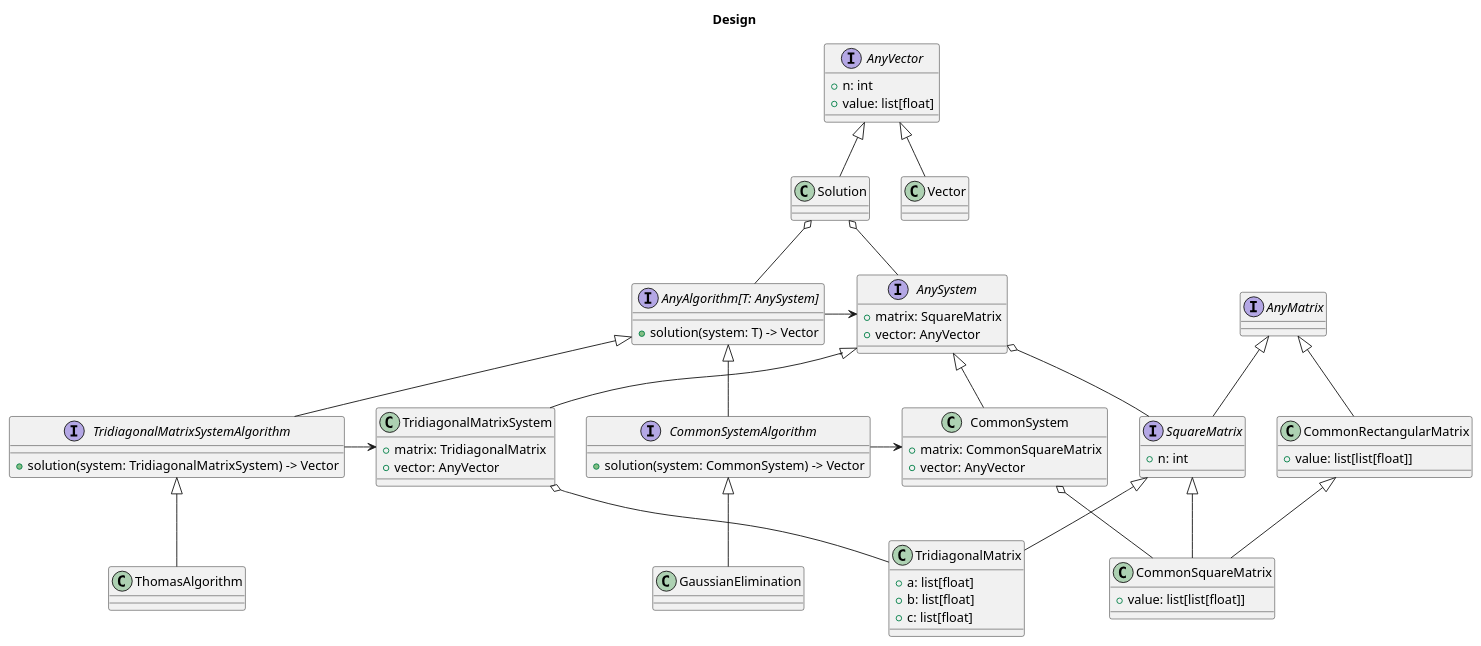
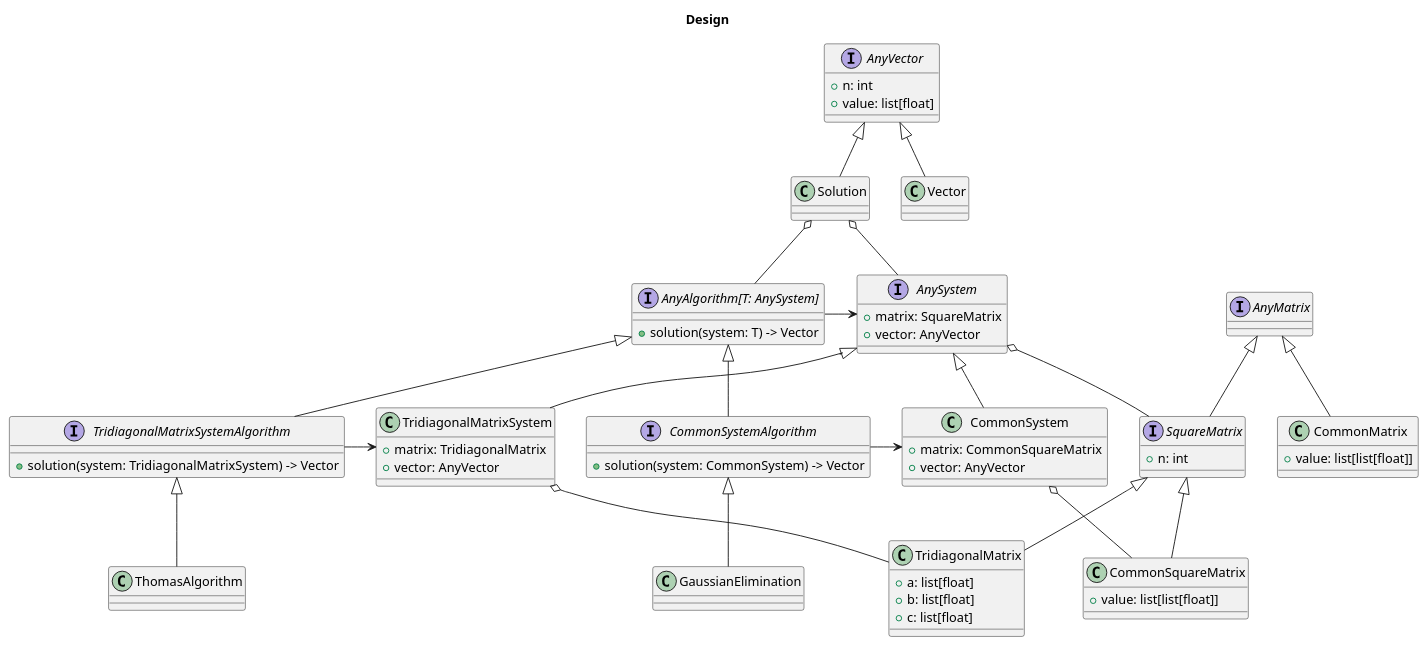
One commit to fedorpashin/linalg changed the diagram in docs/design.puml. Above: the diagram before and after it, drawn with PlantUML.

Commit message:
#6 Fix the design

```diff
--- a/docs/design.puml
+++ b/docs/design.puml
@@ -1,101 +1,100 @@
 @startuml
 
 title Design
 
 interface AnyVector {
   +n: int
   +value: list[float]
 }
 
     class Vector
     AnyVector <|-- Vector
 
     class Solution
     AnyVector <|-- Solution
     Solution o-- "AnyAlgorithm[T: AnySystem]"
     Solution o-- AnySystem
 
         together {
           interface "AnyAlgorithm[T: AnySystem]"
           interface AnySystem
         }
 
         interface "AnyAlgorithm[T: AnySystem]" {
           +solution(system: T) -> Vector
         }
         "AnyAlgorithm[T: AnySystem]" -> AnySystem
 
         interface AnySystem {
           +matrix: SquareMatrix
           +vector: AnyVector
         }
         AnySystem o-- SquareMatrix
 
         interface AnyMatrix
 
             interface SquareMatrix {
               +n: int
             }
             AnyMatrix <|-- SquareMatrix
 
             together {
               interface CommonSystemAlgorithm
               class CommonSystem
             }
 
             interface CommonSystemAlgorithm {
               +solution(system: CommonSystem) -> Vector
             }
             "AnyAlgorithm[T: AnySystem]" <|-- CommonSystemAlgorithm
             CommonSystemAlgorithm -> CommonSystem
 
             class CommonSystem {
               +matrix: CommonSquareMatrix
               +vector: AnyVector
             }
             AnySystem <|-- CommonSystem
             CommonSystem o-- CommonSquareMatrix
 
-            class CommonRectangularMatrix {
+            class CommonMatrix {
               +value: list[list[float]]
             }
-            AnyMatrix <|-- CommonRectangularMatrix
+            AnyMatrix <|-- CommonMatrix
 
-                class CommonSquareMatrix {
-                  +value: list[list[float]]
-                }
-                SquareMatrix <|-- CommonSquareMatrix
-                CommonRectangularMatrix <|-- CommonSquareMatrix
+            class CommonSquareMatrix {
+              +value: list[list[float]]
+            }
+            SquareMatrix <|-- CommonSquareMatrix
 
             together {
               interface TridiagonalMatrixSystemAlgorithm
               class TridiagonalMatrixSystem
             }
 
             interface TridiagonalMatrixSystemAlgorithm {
               +solution(system: TridiagonalMatrixSystem) -> Vector
             }
             "AnyAlgorithm[T: AnySystem]" <|-- TridiagonalMatrixSystemAlgorithm
             TridiagonalMatrixSystemAlgorithm -> TridiagonalMatrixSystem
 
             class TridiagonalMatrixSystem {
               +matrix: TridiagonalMatrix
               +vector: AnyVector
             }
             AnySystem <|-- TridiagonalMatrixSystem
             TridiagonalMatrixSystem o-- TridiagonalMatrix
 
                 class TridiagonalMatrix {
                   +a: list[float]
                   +b: list[float]
                   +c: list[float]
                 }
                 SquareMatrix <|-- TridiagonalMatrix
 
                 class GaussianElimination
                 CommonSystemAlgorithm <|-- GaussianElimination
 
                 class ThomasAlgorithm
                 TridiagonalMatrixSystemAlgorithm <|-- ThomasAlgorithm
 
 @enduml
```
